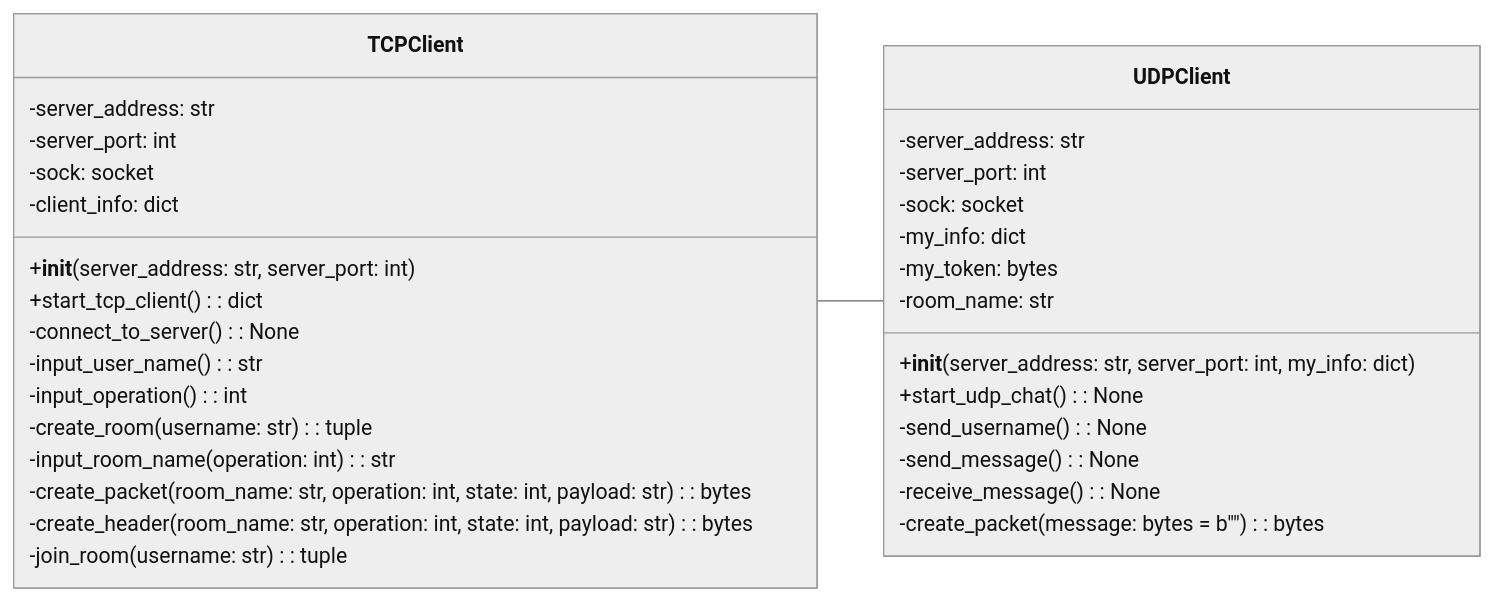
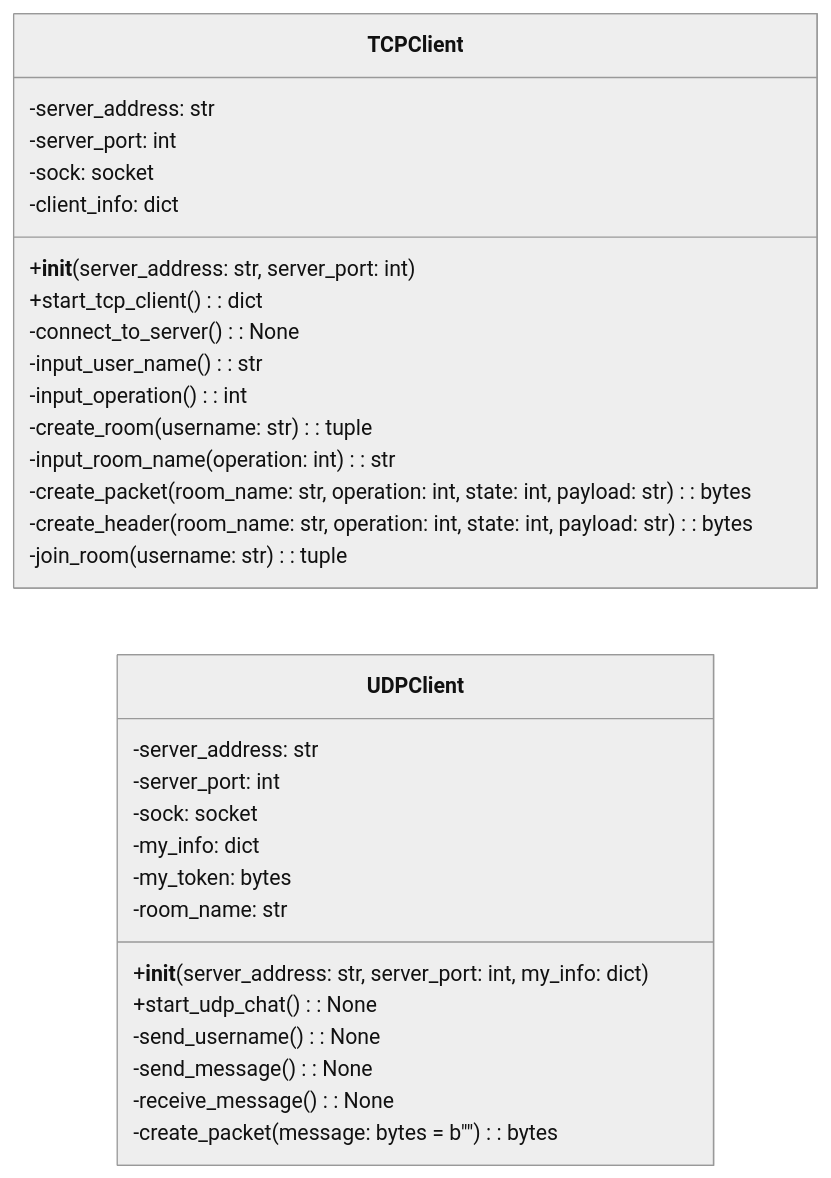
Before and after one commit to BackendExplorer/Multi-User-Chat-App: the second of 2 diagrams in README.md, drawn with Mermaid (neutral theme). The commit also changed other lines of this file, not shown here.

````diff
--- a/README.md
+++ b/README.md
@@ -102,39 +100,36 @@
 ```mermaid
 classDiagram
     direction LR
-
-    TCPClient -- UDPClient
 
     class TCPClient {
         -server_address: str
         -server_port: int
         -sock: socket
         -client_info: dict
         +__init__(server_address: str, server_port: int)
         +start_tcp_client(): dict
         -connect_to_server(): None
         -input_user_name(): str
         -input_operation(): int
         -create_room(username: str): tuple
         -input_room_name(operation: int): str
         -create_packet(room_name: str, operation: int, state: int, payload: str): bytes
         -create_header(room_name: str, operation: int, state: int, payload: str): bytes
         -join_room(username: str): tuple
     }
 
     class UDPClient {
         -server_address: str
         -server_port: int
         -sock: socket
         -my_info: dict
         -my_token: bytes
         -room_name: str
         +__init__(server_address: str, server_port: int, my_info: dict)
         +start_udp_chat(): None
         -send_username(): None
         -send_message(): None
         -receive_message(): None
         -create_packet(message: bytes = b""): bytes
     }
-
 ```
````
